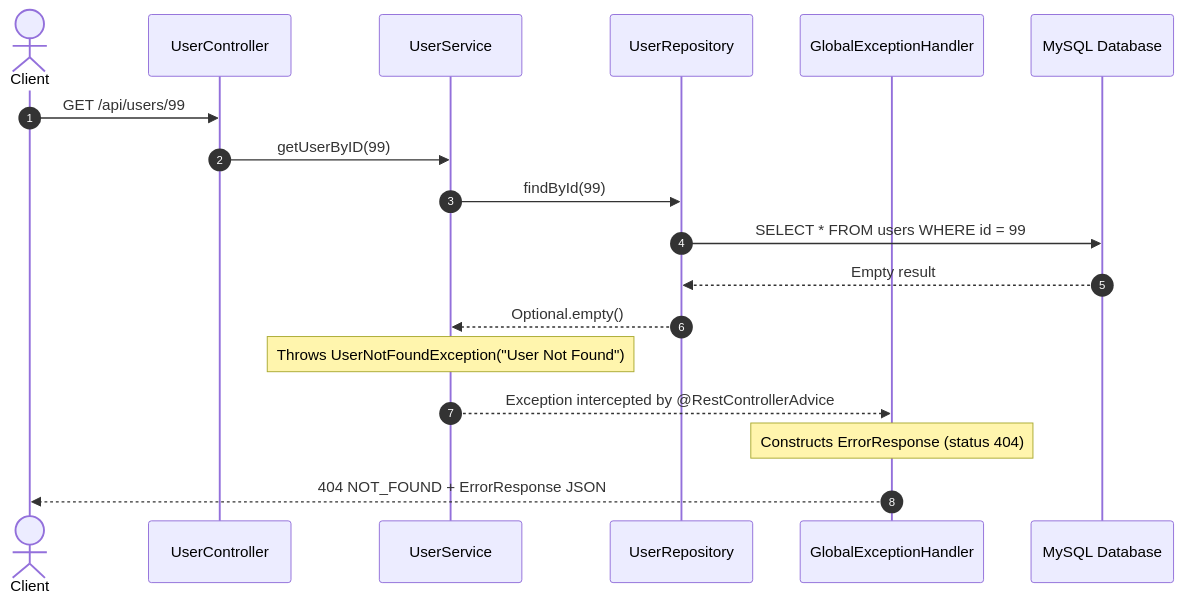
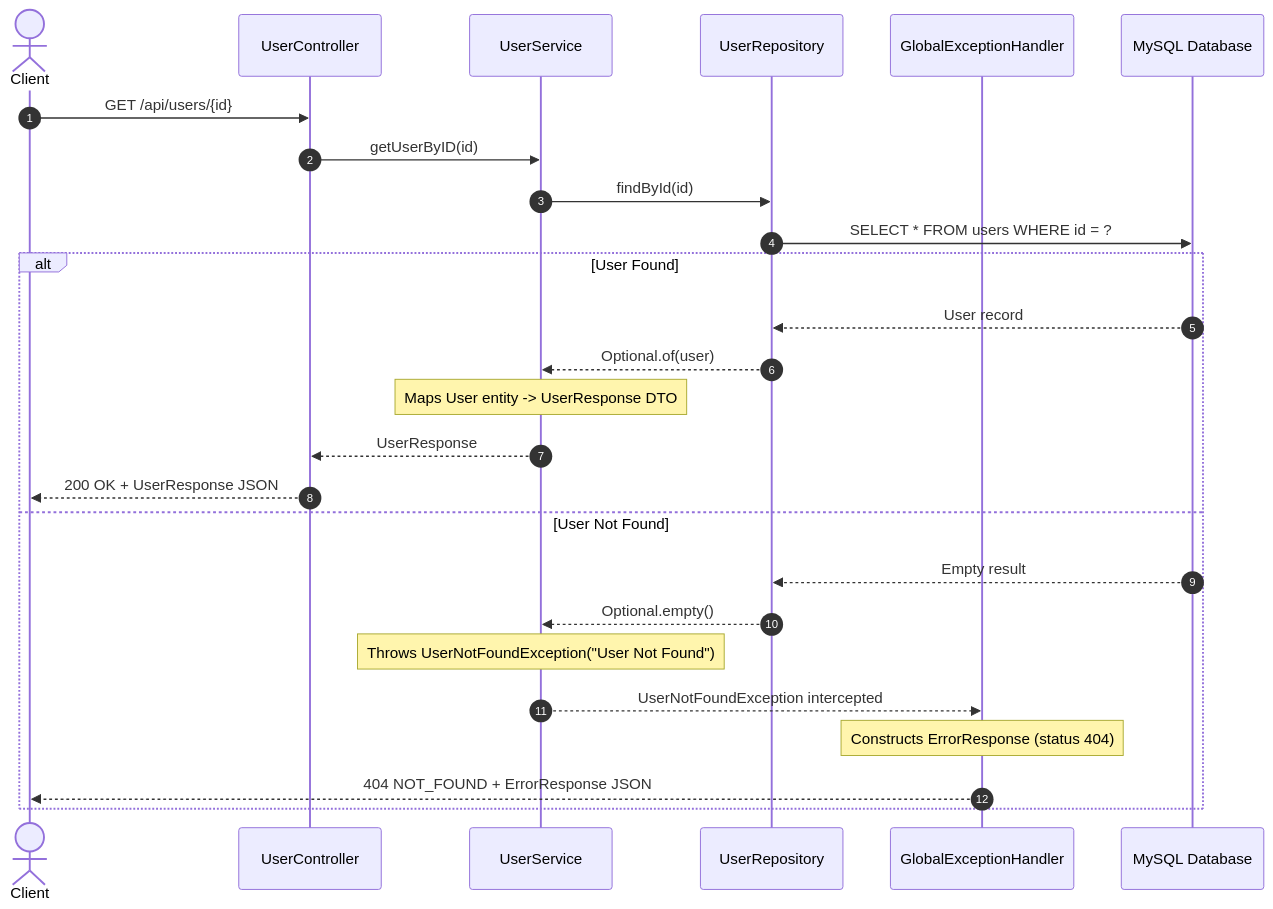
Before and after one commit to TejasKarambe/finance: the second of 3 diagrams in Readme.MD, drawn with Mermaid. The commit also changed other lines of this file, not shown here.

````diff
--- a/Readme.MD
+++ b/Readme.MD
@@ -113,21 +141,29 @@
 ```mermaid
 sequenceDiagram
     autonumber
     actor Client
     participant Controller as UserController
     participant Service as UserService
     participant Repo as UserRepository
     participant Handler as GlobalExceptionHandler
     participant DB as MySQL Database
 
-    Client->>Controller: GET /api/users/99
-    Controller->>Service: getUserByID(99)
-    Service->>Repo: findById(99)
-    Repo->>DB: SELECT * FROM users WHERE id = 99
-    DB-->>Repo: Empty result
-    Repo-->>Service: Optional.empty()
-    Note over Service: Throws UserNotFoundException("User Not Found")
-    Service-->>Handler: Exception intercepted by @RestControllerAdvice
-    Note over Handler: Constructs ErrorResponse (status 404)
-    Handler-->>Client: 404 NOT_FOUND + ErrorResponse JSON
+    Client->>Controller: GET /api/users/{id}
+    Controller->>Service: getUserByID(id)
+    Service->>Repo: findById(id)
+    Repo->>DB: SELECT * FROM users WHERE id = ?
+    alt User Found
+        DB-->>Repo: User record
+        Repo-->>Service: Optional.of(user)
+        Note over Service: Maps User entity -> UserResponse DTO
+        Service-->>Controller: UserResponse
+        Controller-->>Client: 200 OK + UserResponse JSON
+    else User Not Found
+        DB-->>Repo: Empty result
+        Repo-->>Service: Optional.empty()
+        Note over Service: Throws UserNotFoundException("User Not Found")
+        Service-->>Handler: UserNotFoundException intercepted
+        Note over Handler: Constructs ErrorResponse (status 404)
+        Handler-->>Client: 404 NOT_FOUND + ErrorResponse JSON
+    end
 ```
````
